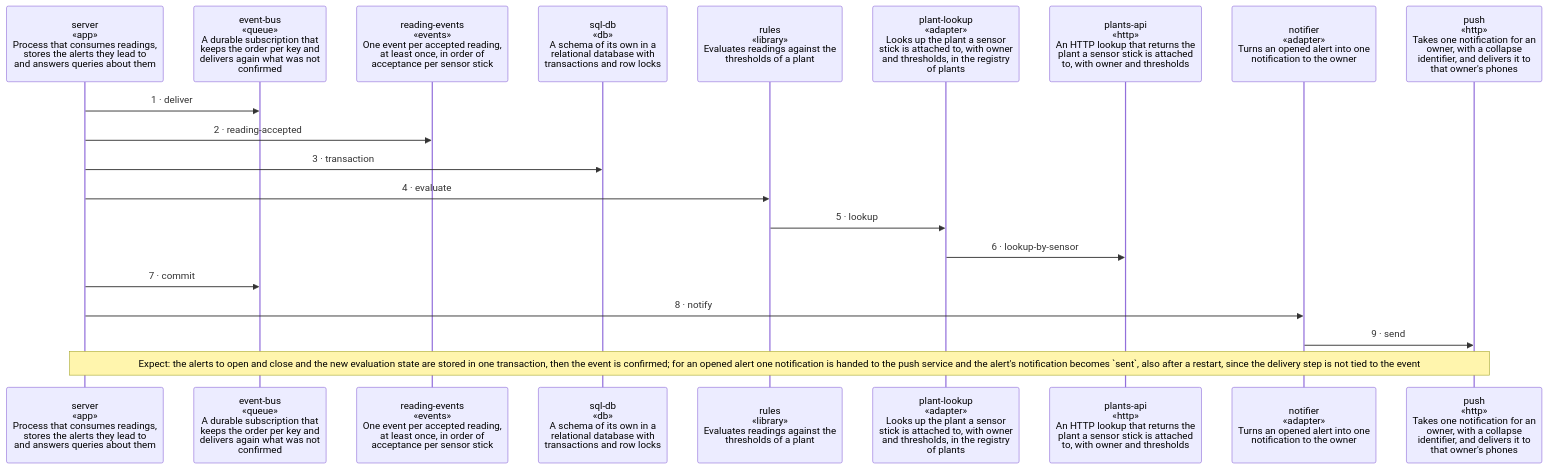
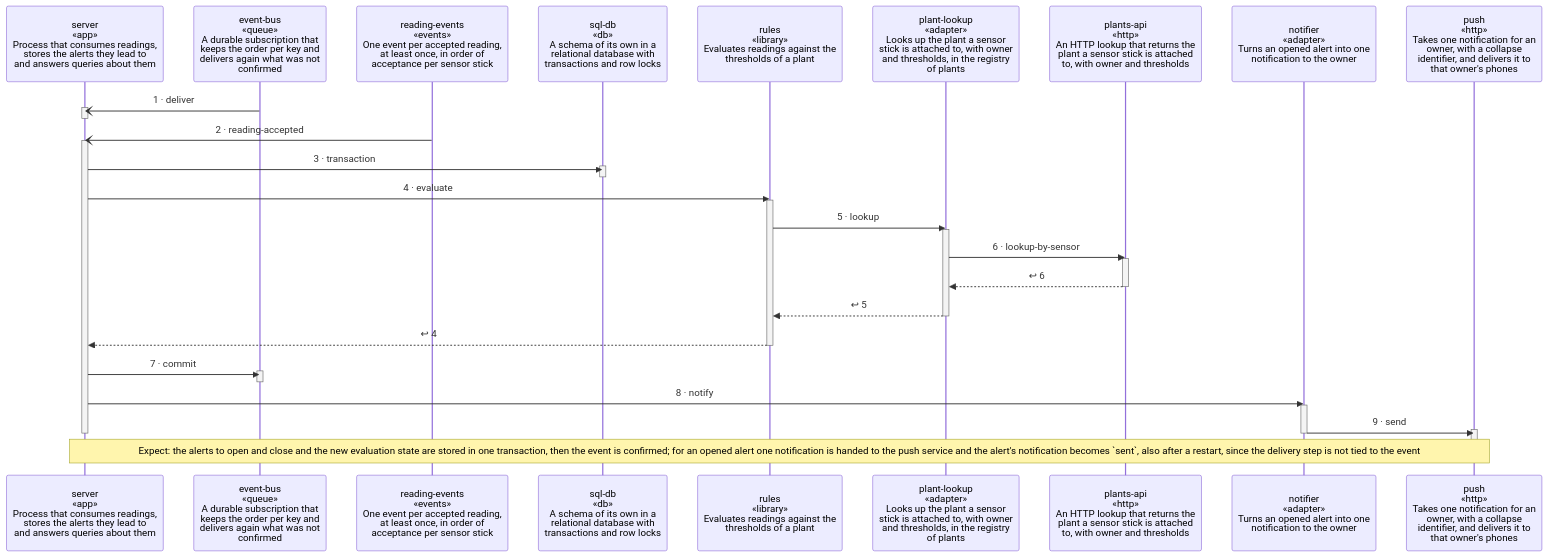
One commit to wackazong/unifold changed the diagram in examples/plantwatch/cloud/services/alerts/docs/diagrams/scenario-handle-a-reading.md. Above: the diagram before and after it, drawn with Mermaid. The commit also changed other lines of this file and 25 other files, not shown here.

````diff
--- a/examples/plantwatch/cloud/services/alerts/docs/diagrams/scenario-handle-a-reading.md
+++ b/examples/plantwatch/cloud/services/alerts/docs/diagrams/scenario-handle-a-reading.md
@@ -12,27 +12,48 @@
 ```mermaid
 ---
 config:
   sequence:
     height: 124
 ---
 sequenceDiagram
   participant pserver as server<br/>«app»<br/>Process that consumes readings,<br/>stores the alerts they lead to<br/>and answers queries about them
   participant pevent_dbus as event-bus<br/>«queue»<br/>A durable subscription that<br/>keeps the order per key and<br/>delivers again what was not<br/>confirmed
   participant preading_devents as reading-events<br/>«events»<br/>One event per accepted reading,<br/>at least once, in order of<br/>acceptance per sensor stick
   participant psql_ddb as sql-db<br/>«db»<br/>A schema of its own in a<br/>relational database with<br/>transactions and row locks
   participant prules as rules<br/>«library»<br/>Evaluates readings against the<br/>thresholds of a plant
   participant pplant_dlookup as plant-lookup<br/>«adapter»<br/>Looks up the plant a sensor<br/>stick is attached to, with owner<br/>and thresholds, in the registry<br/>of plants
   participant pplants_dapi as plants-api<br/>«http»<br/>An HTTP lookup that returns the<br/>plant a sensor stick is attached<br/>to, with owner and thresholds
   participant pnotifier as notifier<br/>«adapter»<br/>Turns an opened alert into one<br/>notification to the owner
   participant ppush as push<br/>«http»<br/>Takes one notification for an<br/>owner, with a collapse<br/>identifier, and delivers it to<br/>that owner's phones
-  pserver->>pevent_dbus: 1 · deliver
-  pserver->>preading_devents: 2 · reading-accepted
+  pevent_dbus-)pserver: 1 · deliver
+  activate pserver
+  deactivate pserver
+  preading_devents-)pserver: 2 · reading-accepted
+  activate pserver
   pserver->>psql_ddb: 3 · transaction
+  activate psql_ddb
+  deactivate psql_ddb
   pserver->>prules: 4 · evaluate
+  activate prules
   prules->>pplant_dlookup: 5 · lookup
+  activate pplant_dlookup
   pplant_dlookup->>pplants_dapi: 6 · lookup-by-sensor
+  activate pplants_dapi
+  pplants_dapi-->>pplant_dlookup: ↩ 6
+  deactivate pplants_dapi
+  pplant_dlookup-->>prules: ↩ 5
+  deactivate pplant_dlookup
+  prules-->>pserver: ↩ 4
+  deactivate prules
   pserver->>pevent_dbus: 7 · commit
+  activate pevent_dbus
+  deactivate pevent_dbus
   pserver->>pnotifier: 8 · notify
+  activate pnotifier
   pnotifier->>ppush: 9 · send
+  activate ppush
+  deactivate ppush
+  deactivate pnotifier
+  deactivate pserver
   Note over pserver,ppush: wrap: Expect: the alerts to open and close and the new evaluation state are stored in one transaction, then the event is confirmed#59; for an opened alert one notification is handed to the push service and the alert's notification becomes `sent`, also after a restart, since the delivery step is not tied to the event
 ```
````
